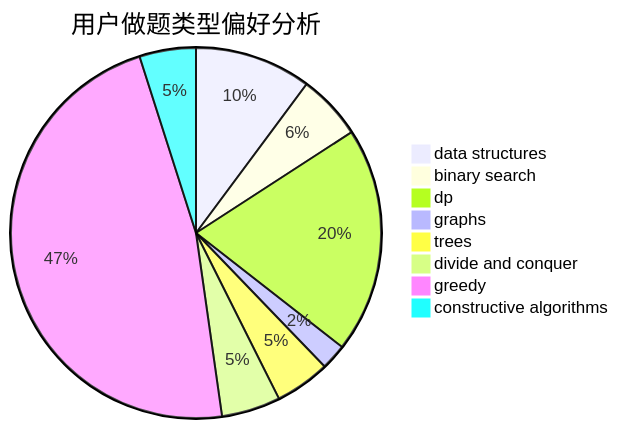
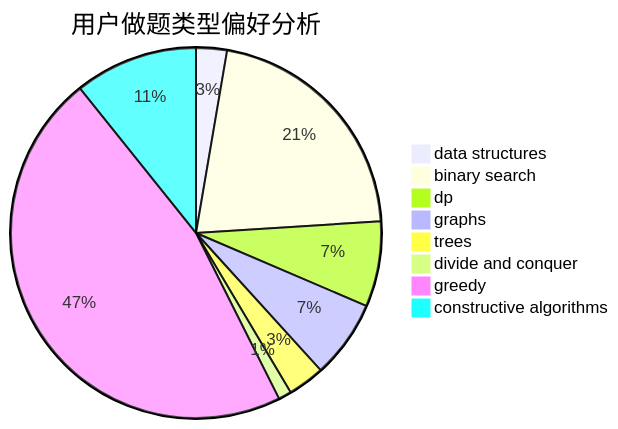
The second of 3 diagrams in docs/user/u1994.md (sherpahu/cfrs.github.io), drawn with Mermaid before and after one commit. The commit also changed other lines of this file and 2770 other files, not shown here.

````diff
--- a/docs/user/u1994.md
+++ b/docs/user/u1994.md
@@ -23,11 +23,11 @@
 ```mermaid
 pie title 用户做题类型偏好分析
-    "data structures" :  95
-    "binary search" :  53
-    "dp" :  184
-    "graphs" :  21
-    "trees" :  45
-    "divide and conquer" :  48
-    "greedy" :  442
-    "constructive algorithms" :  46
+    "data structures" :  26
+    "binary search" :  206
+    "dp" :  72
+    "graphs" :  66
+    "trees" :  31
+    "divide and conquer" :  11
+    "greedy" :  451
+    "constructive algorithms" :  104
 ```
````
